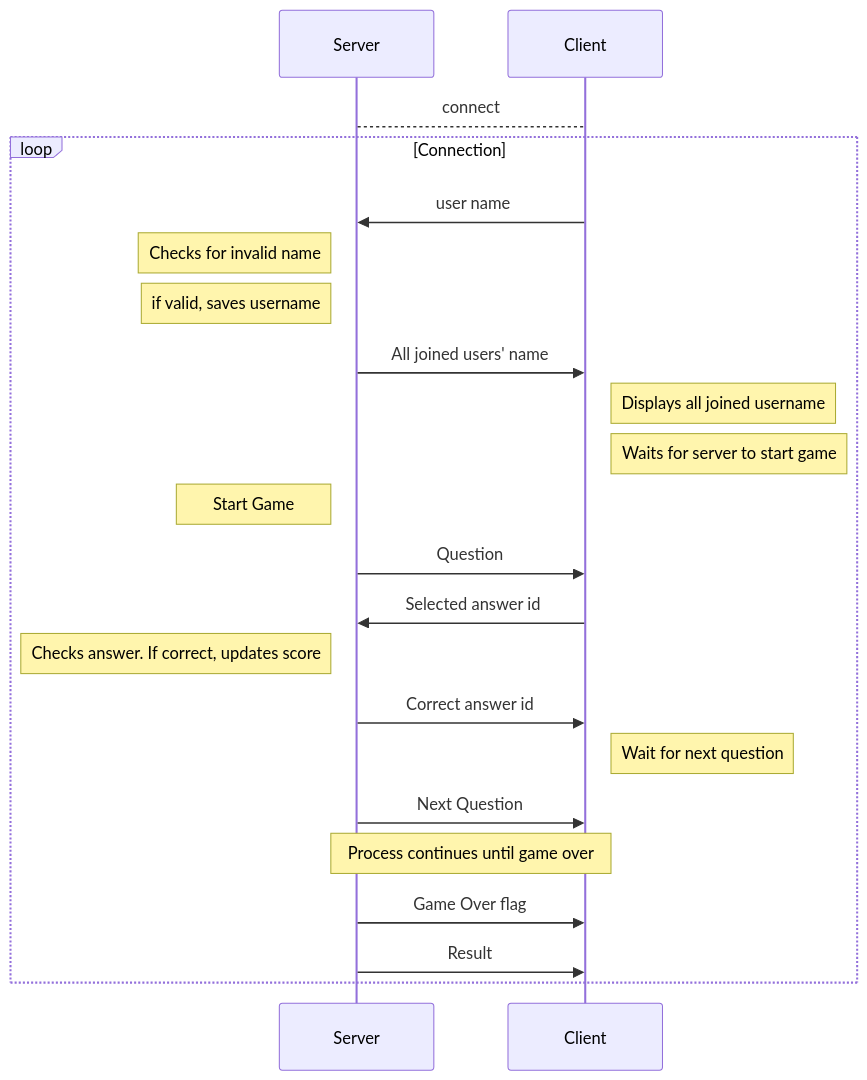
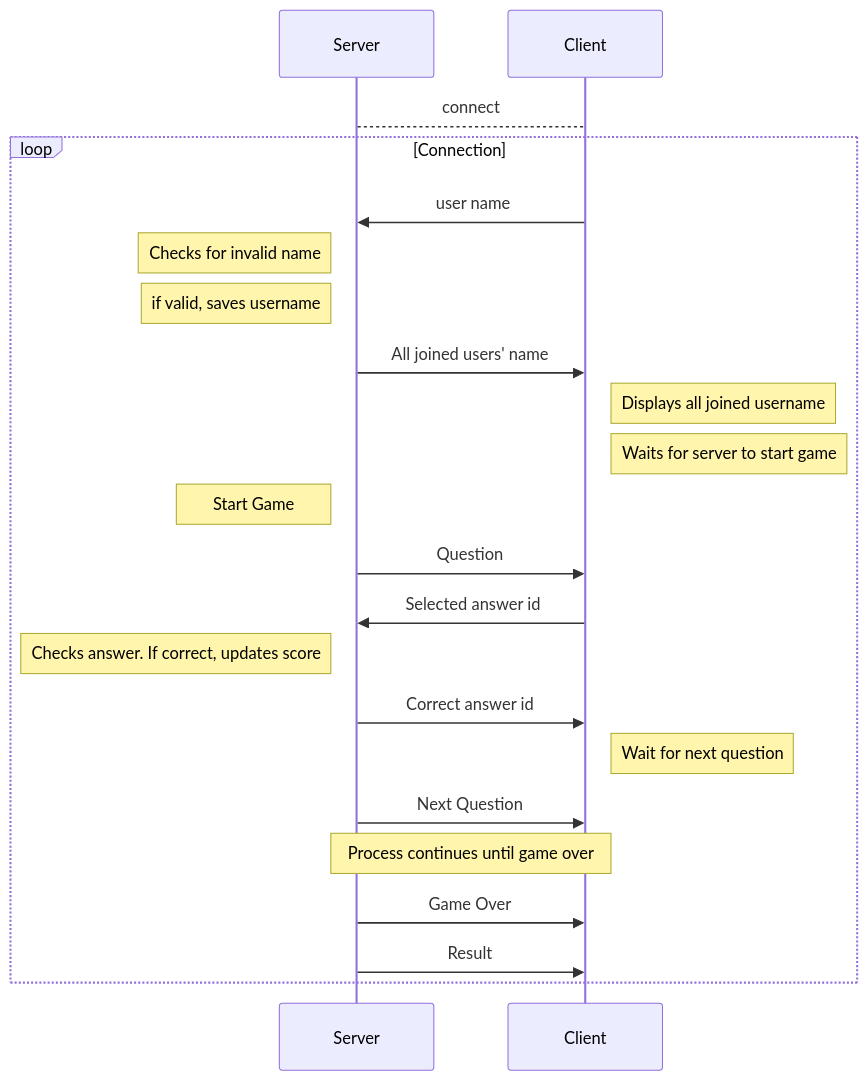
The diagram in example/game/Readme.md (NordicSemiconductor/Android-BLE-Library), drawn with Mermaid before and after one commit.

Commit message:
readme update

````diff
--- a/example/game/Readme.md
+++ b/example/game/Readme.md
@@ -24,22 +24,22 @@
 ```mermaid
 sequenceDiagram
     Server-->Client: connect
     loop Connection
         Client->>Server: user name
         Note left of Server: Checks for invalid name
         Note left of Server: if valid, saves username
         Server->>Client: All joined users' name
         Note right of Client: Displays all joined username
         Note right of Client: Waits for server to start game
         Note left of Server: Start Game
         Server->>Client: Question
         Client->>Server: Selected answer id
         Note left of Server: Checks answer. If correct, updates score
         Server->>Client: Correct answer id
         Note right of Client: Wait for next question
         Server->>Client: Next Question
         Note over Server,Client: Process continues until game over
-        Server->>Client: Game Over flag
+        Server->>Client: Game Over
         Server->>Client: Result
     end
 ```
````
